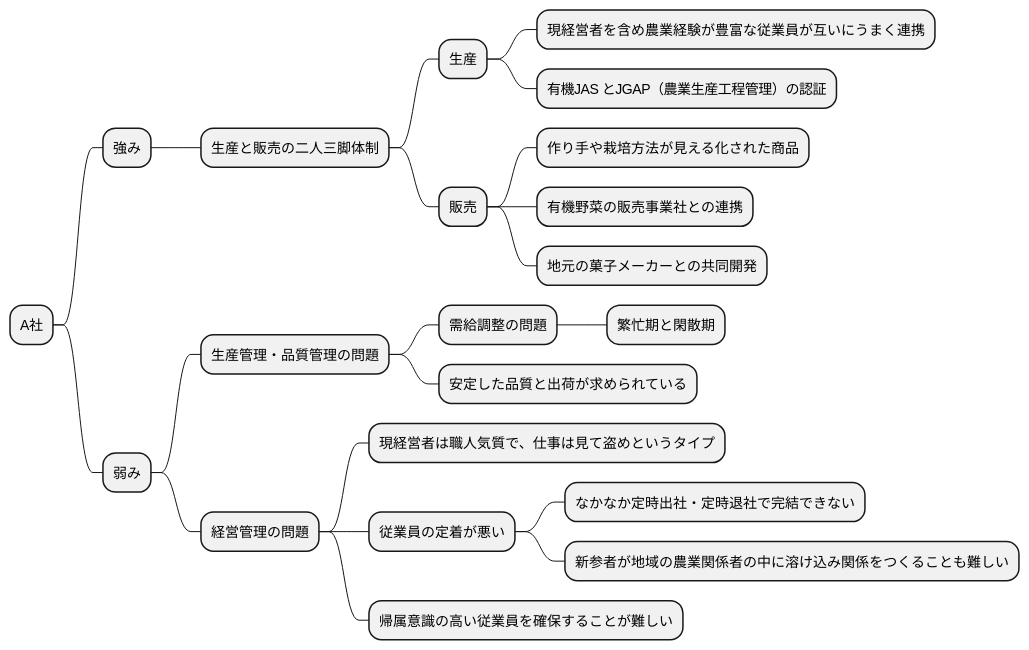
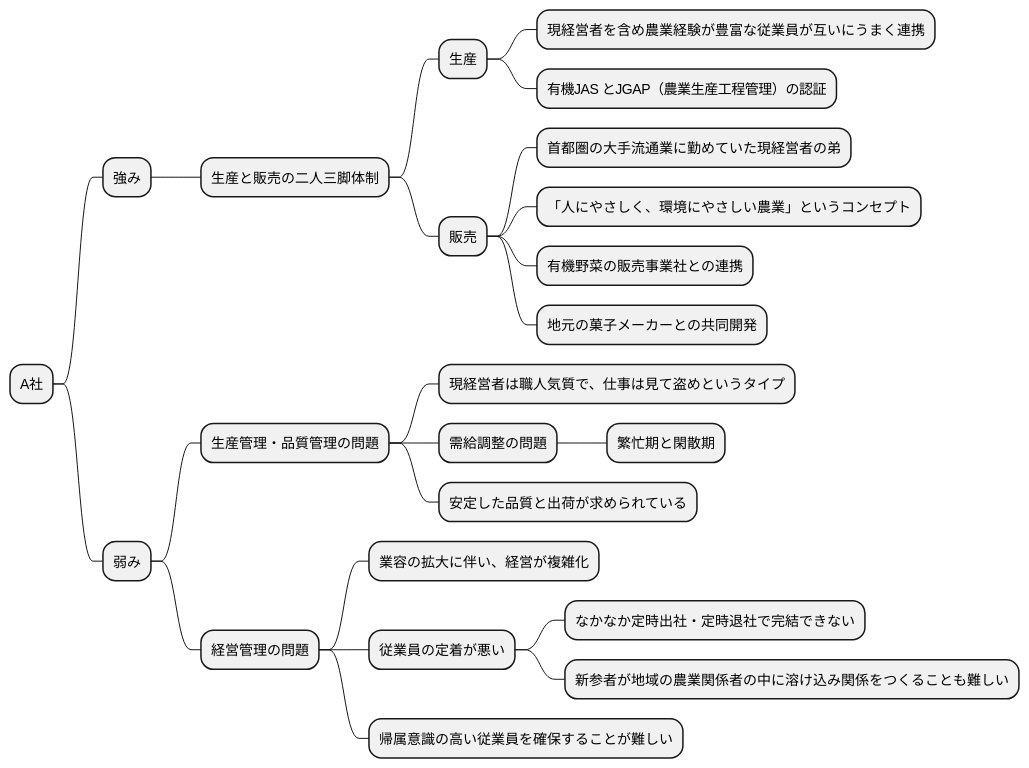
Before and after one commit to k2works/requirements_definition_excercise: the first of 15 diagrams in docs/R04/study/take01.md, drawn with PlantUML. The commit also changed other lines of this file, not shown here.

````diff
--- a/docs/R04/study/take01.md
+++ b/docs/R04/study/take01.md
@@ -44,25 +44,27 @@
 ```plantuml
 @startmindmap
 * A社
 ** 強み
 *** 生産と販売の二人三脚体制
 **** 生産
 ***** 現経営者を含め農業経験が豊富な従業員が互いにうまく連携
 ***** 有機JAS とJGAP（農業生産工程管理）の認証
 **** 販売
-***** 作り手や栽培方法が見える化された商品
+***** 首都圏の大手流通業に勤めていた現経営者の弟
+***** 「人にやさしく、環境にやさしい農業」というコンセプト
 ***** 有機野菜の販売事業社との連携
 ***** 地元の菓子メーカーとの共同開発
 ** 弱み
 *** 生産管理・品質管理の問題
+**** 現経営者は職人気質で、仕事は見て盗めというタイプ
 **** 需給調整の問題
 ***** 繁忙期と閑散期
 **** 安定した品質と出荷が求められている
 *** 経営管理の問題
-**** 現経営者は職人気質で、仕事は見て盗めというタイプ
+**** 業容の拡大に伴い、経営が複雑化
 **** 従業員の定着が悪い
 ***** なかなか定時出社・定時退社で完結できない
 ***** 新参者が地域の農業関係者の中に溶け込み関係をつくることも難しい
 **** 帰属意識の高い従業員を確保することが難しい
 @endmindmap
 ```
````
